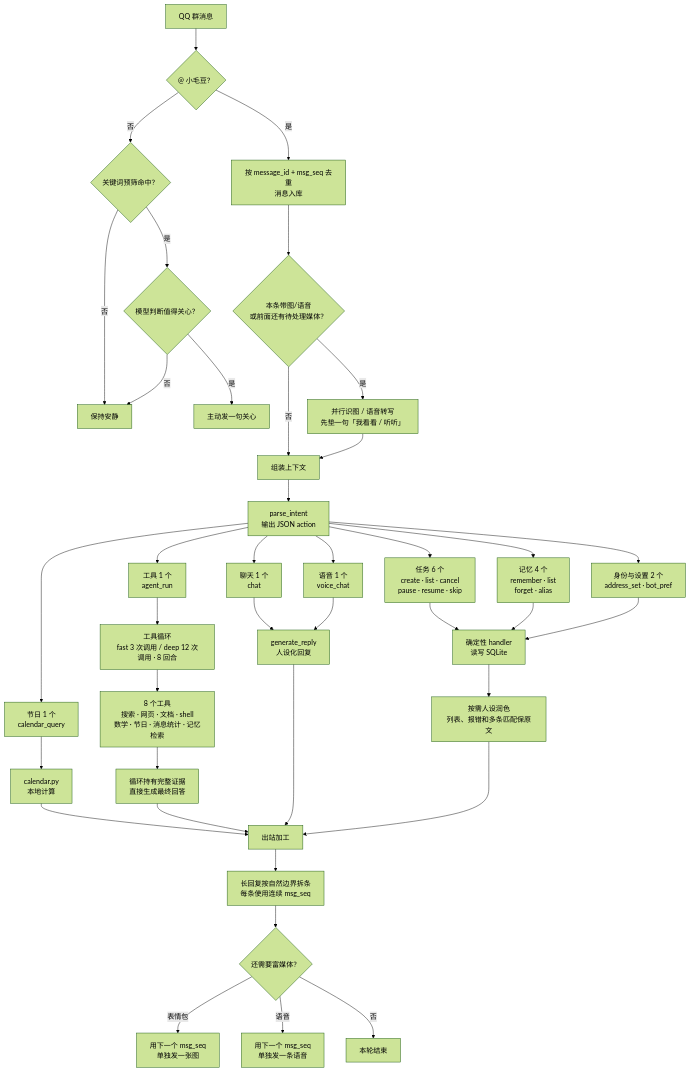
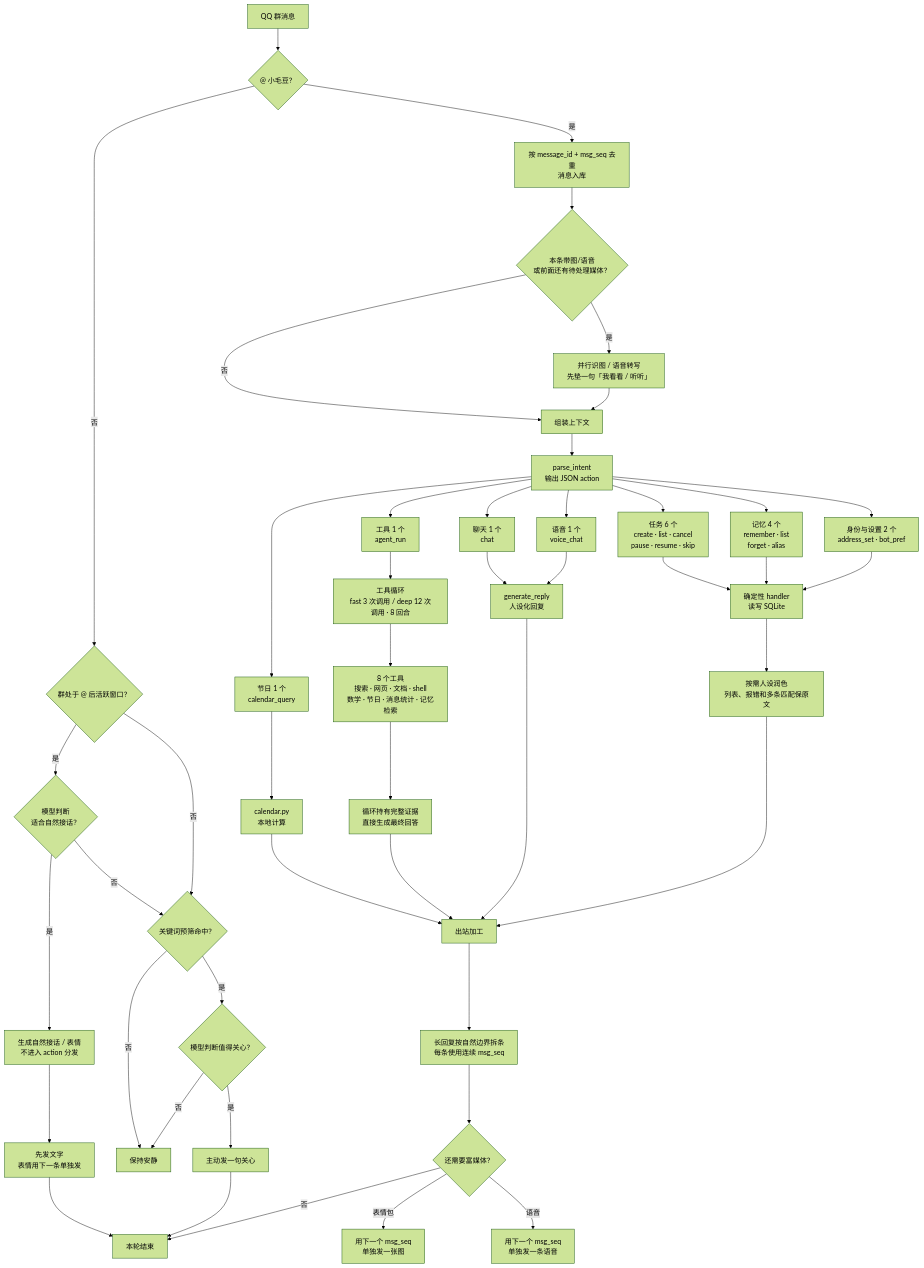
Before and after one commit to CLan-nad/qq-bot: the second of 2 diagrams in README.md, drawn with Mermaid (forest theme). The commit also changed other lines of this file and 5 other files, not shown here.

````diff
--- a/README.md
+++ b/README.md
@@ -84,49 +85,61 @@
 ```mermaid
 flowchart TD
     QQ["QQ 群消息"] --> AT{"@ 小毛豆？"}
+    ACTIVE{"群处于 @ 后活跃窗口？"}
+    ACTIVE_JUDGE{"模型判断<br/>适合自然接话？"}
+    KEY{"关键词预筛命中？"}
+    DONE["本轮结束"]
 
-    AT -->|否| KEY{"关键词预筛命中？"}
+    AT -->|否| ACTIVE
+    ACTIVE -->|是| ACTIVE_JUDGE
+    ACTIVE_JUDGE -->|是| ACTIVE_REPLY["生成自然接话 / 表情<br/>不进入 action 分发"]
+    ACTIVE_REPLY --> ACTIVE_SEND["先发文字<br/>表情用下一条单独发"]
+    ACTIVE_SEND --> DONE
+    ACTIVE_JUDGE -->|否| KEY
+    ACTIVE -->|否| KEY
+
     KEY -->|否| QUIET["保持安静"]
     KEY -->|是| CARE{"模型判断值得关心？"}
     CARE -->|是| CARE_YES["主动发一句关心"]
+    CARE_YES --> DONE
     CARE -->|否| QUIET
 
     AT -->|是| SAVE["按 message_id + msg_seq 去重<br/>消息入库"]
     SAVE --> MEDIA{"本条带图/语音<br/>或前面还有待处理媒体？"}
     MEDIA -->|是| READ["并行识图 / 语音转写<br/>先垫一句「我看看 / 听听」"]
     MEDIA -->|否| CTX["组装上下文"]
     READ --> CTX
     CTX --> INTENT["parse_intent<br/>输出 JSON action"]
 
     INTENT --> TASK["任务 6 个<br/>create · list · cancel<br/>pause · resume · skip"]
     INTENT --> MEMORY["记忆 4 个<br/>remember · list<br/>forget · alias"]
     INTENT --> PREF["身份与设置 2 个<br/>address_set · bot_pref"]
     INTENT --> CALENDAR["节日 1 个<br/>calendar_query"]
     INTENT --> AGENT["工具 1 个<br/>agent_run"]
     INTENT --> VOICE["语音 1 个<br/>voice_chat"]
     INTENT --> CHAT["聊天 1 个<br/>chat"]
 
     TASK --> LOCAL["确定性 handler<br/>读写 SQLite"]
     MEMORY --> LOCAL
     PREF --> LOCAL
     CALENDAR --> CALC["calendar.py<br/>本地计算"]
 
     AGENT --> LOOP["工具循环<br/>fast 3 次调用 / deep 12 次调用 · 8 回合"]
     LOOP --> TOOLS["8 个工具<br/>搜索 · 网页 · 文档 · shell<br/>数学 · 节日 · 消息统计 · 记忆检索"]
     TOOLS --> TOOL_REPLY["循环持有完整证据<br/>直接生成最终回答"]
 
     CHAT --> REPLY["generate_reply<br/>人设化回复"]
     VOICE --> REPLY
 
     LOCAL --> POLISH["按需人设润色<br/>列表、报错和多条匹配保原文"]
     CALC --> FINAL["出站加工"]
     TOOL_REPLY --> FINAL
     REPLY --> FINAL
     POLISH --> FINAL
 
     FINAL --> TEXT["长回复按自然边界拆条<br/>每条使用连续 msg_seq"]
     TEXT --> EXTRA{"还需要富媒体？"}
     EXTRA -->|表情包| STICKER["用下一个 msg_seq<br/>单独发一张图"]
     EXTRA -->|语音| SPEECH["用下一个 msg_seq<br/>单独发一条语音"]
-    EXTRA -->|否| DONE["本轮结束"]
+    EXTRA -->|否| DONE
 ```
````
